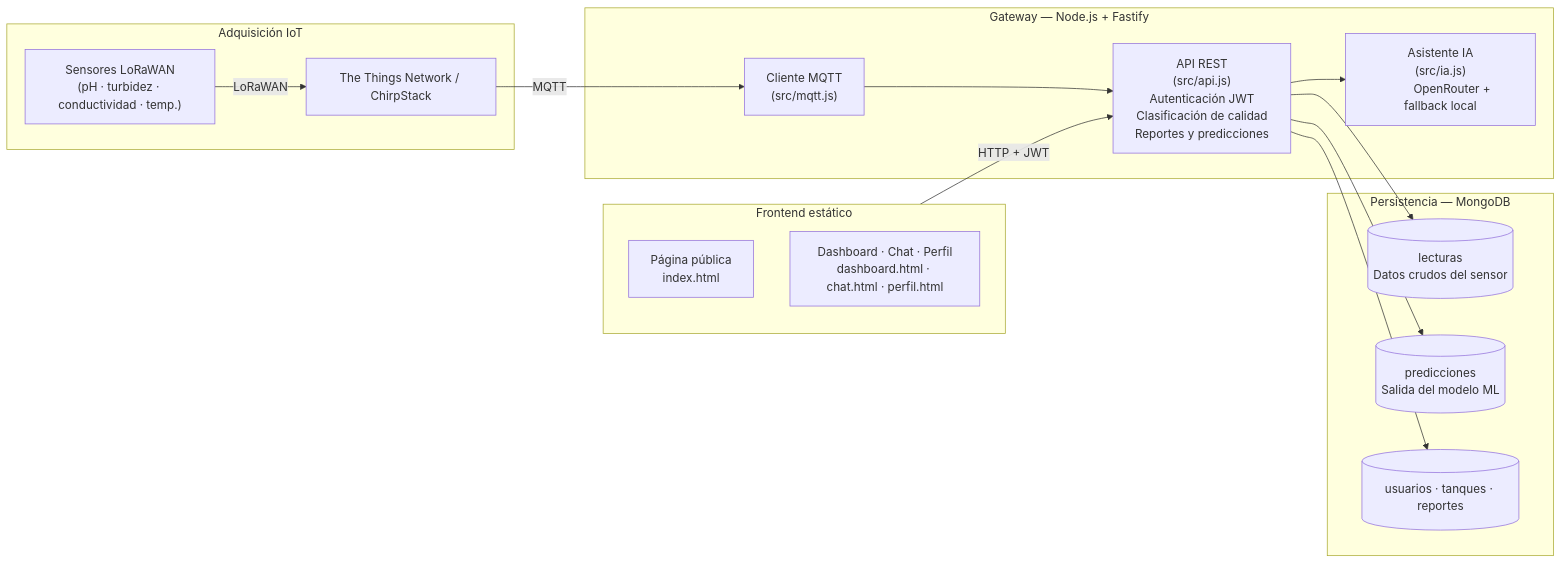
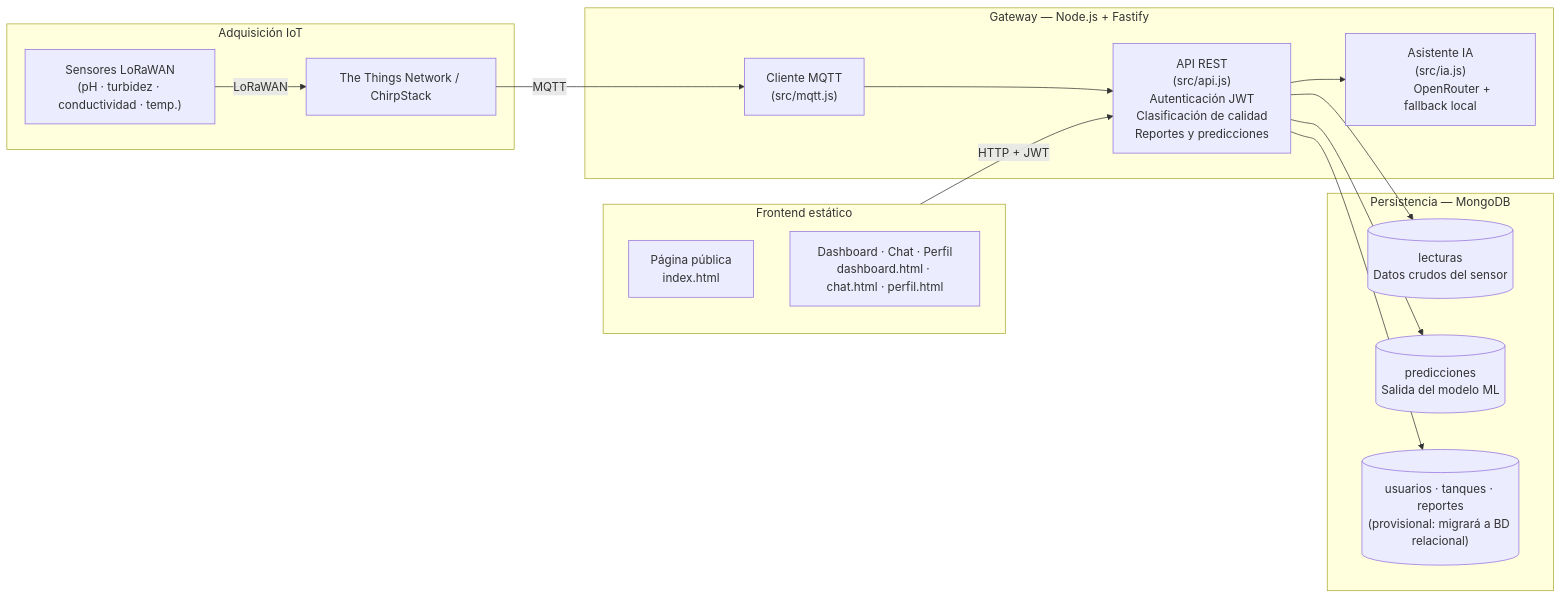
Before and after one commit to FreyderPD07/waterQualitySensors: the diagram in README.md, drawn with Mermaid. The commit also changed other lines of this file, not shown here.

````diff
--- a/README.md
+++ b/README.md
@@ -44,37 +44,37 @@
 ```mermaid
 flowchart LR
     subgraph SENSORES["Adquisición IoT"]
         S1["Sensores LoRaWAN\n(pH · turbidez · conductividad · temp.)"]
         TTN["The Things Network / ChirpStack"]
     end
 
     subgraph GATEWAY["Gateway — Node.js + Fastify"]
         MQTT["Cliente MQTT\n(src/mqtt.js)"]
         API["API REST\n(src/api.js)
         Autenticación JWT
         Clasificación de calidad
         Reportes y predicciones"]
         IA["Asistente IA\n(src/ia.js)
         OpenRouter + fallback local"]
     end
 
     subgraph DATOS["Persistencia — MongoDB"]
         LEC[("lecturas\nDatos crudos del sensor")]
         PRED[("predicciones\nSalida del modelo ML")]
-        USR[("usuarios · tanques · reportes")]
+        USR[("usuarios · tanques · reportes\n(provisional: migrará a BD relacional)")]
     end
 
     subgraph CLIENTE["Frontend estático"]
         PUB["Página pública\nindex.html"]
         APP["Dashboard · Chat · Perfil\ndashboard.html · chat.html · perfil.html"]
     end
 
     S1 -->|LoRaWAN| TTN
     TTN -->|MQTT| MQTT
     MQTT --> API
     API --> LEC
     API --> PRED
     API --> USR
     API --> IA
     CLIENTE -->|HTTP + JWT| API
 ```
````
